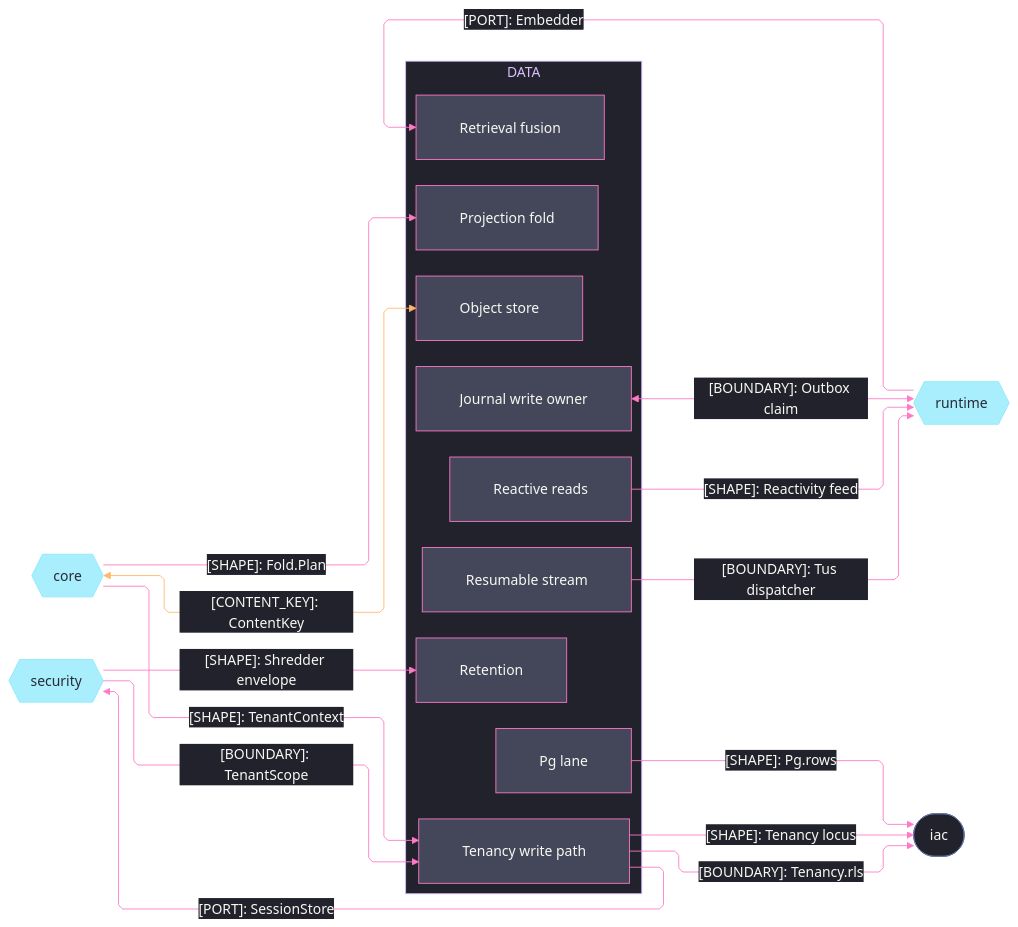
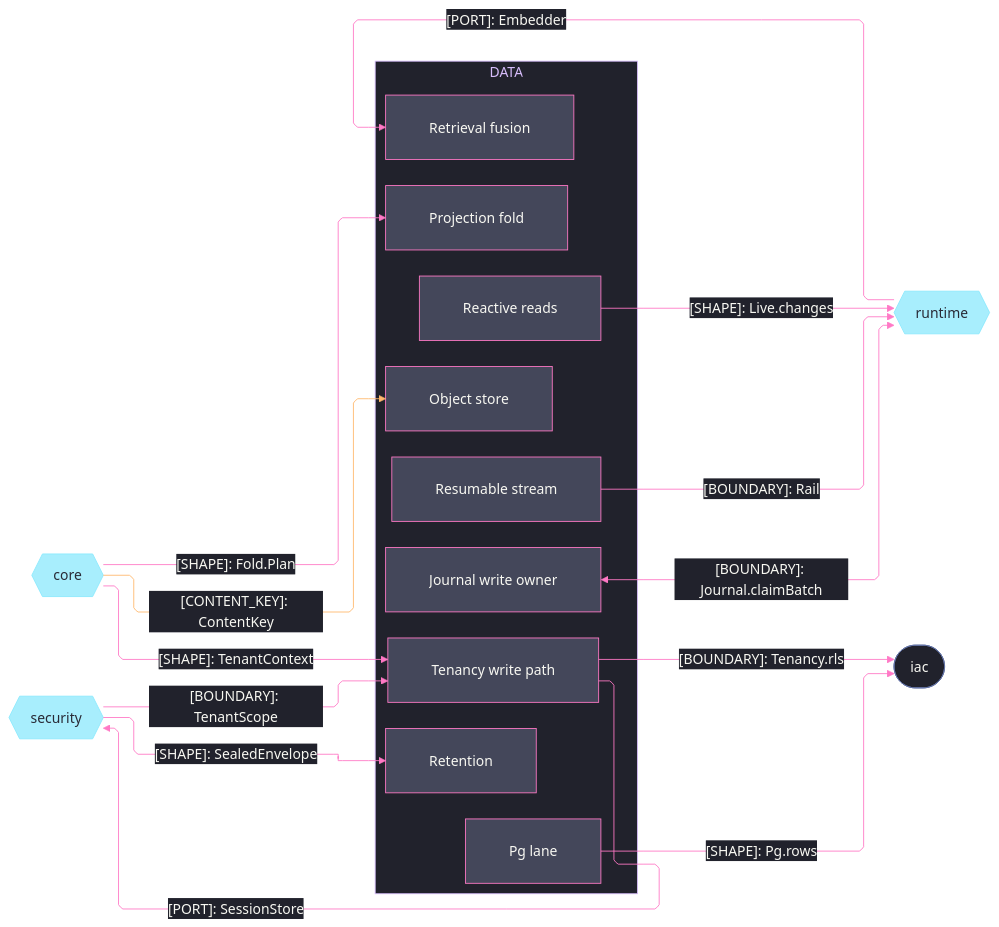
The second of 2 diagrams in libs/typescript/data/ARCHITECTURE.md (bsamiee/Rasm), drawn with Mermaid before and after one commit. The commit also changed other lines of this file and 24 other files, not shown here.

Commit message:
architecture: seam registries + codemaps aligned across the estate (worker fabric edges, scene rows, csharp/ts seam mirrors)

````diff
--- a/libs/typescript/data/ARCHITECTURE.md
+++ b/libs/typescript/data/ARCHITECTURE.md
@@ -37,69 +121,68 @@
 ```mermaid
 ---
 config:
   theme: base
   look: classic
   layout: elk
   flowchart:
     curve: linear
     padding: 25
   themeVariables:
     darkMode: true
     fontFamily: "SF Mono, Menlo, Cascadia Mono, Segoe UI Mono, Consolas, monospace"
     useGradient: false
     dropShadow: "none"
     background: "#282A36"
     primaryColor: "#44475A"
     primaryTextColor: "#F8F8F2"
     primaryBorderColor: "#BD93F9"
     lineColor: "#FF79C6"
     textColor: "#F8F8F2"
     clusterBkg: "#21222C"
     clusterBorder: "#D6BCFA"
     edgeLabelBackground: "#21222C"
     labelBackgroundColor: "#21222C"
     titleColor: "#D6BCFA"
   themeCSS: ".nodeLabel{font-size:13px;font-weight:500}.edgeLabel{font-size:12px;font-weight:500}.cluster-label .nodeLabel{font-size:13.5px;font-weight:700;letter-spacing:.08em}.edge-thickness-normal{stroke-width:2px}.edge-thickness-thick{stroke-width:3px}.edge-pattern-dashed,.edge-pattern-dotted{stroke-width:1.5px;stroke-dasharray:4 6}.node rect,.node circle,.node polygon,.node path,.node .outer-path{stroke-width:1.5px;filter:none!important}.cluster rect{stroke-width:1px!important;stroke-dasharray:5 4!important;filter:none!important}.marker path{transform:scale(.8);transform-origin:5px 5px}.marker circle{transform:scale(.48);transform-origin:5px 5px}.edgeLabel rect{transform-box:fill-box;transform-origin:center;transform:scale(1.1,1.2)}"
 ---
 flowchart LR
     accTitle: Data package seam registry
     accDescr: Data sub-domain owners exchanging content keys, tenancy, custody, and reactive shapes with the core, security, runtime, and IaC packages, edge rails colored by kind and nodes classed by seam direction.
     subgraph data[DATA]
         Fold[Projection fold]
         Store[Object store]
         Tenant[Tenancy write path]
         Retain[Retention]
         Append[Journal write owner]
         Live[Reactive reads]
         Stream[Resumable stream]
         Search[Retrieval fusion]
         Postgres[Pg lane]
     end
     Core{{core}}
     Security{{security}}
     Runtime{{runtime}}
     Iac([iac])
     Core e1@-->|"[SHAPE]: Fold.Plan"| Fold
-    Core e2@<-->|"[CONTENT_KEY]: ContentKey"| Store
+    Core e2@-->|"[CONTENT_KEY]: ContentKey"| Store
     Core e3@-->|"[SHAPE]: TenantContext"| Tenant
     Tenant e4@-->|"[PORT]: SessionStore"| Security
     Security e5@-->|"[BOUNDARY]: TenantScope"| Tenant
-    Security e6@-->|"[SHAPE]: Shredder envelope"| Retain
-    Append e7@<-->|"[BOUNDARY]: Outbox claim"| Runtime
-    Live e8@-->|"[SHAPE]: Reactivity feed"| Runtime
-    Stream e9@-->|"[BOUNDARY]: Tus dispatcher"| Runtime
+    Security e6@-->|"[SHAPE]: SealedEnvelope"| Retain
+    Append e7@<-->|"[BOUNDARY]: Journal.claimBatch"| Runtime
+    Live e8@-->|"[SHAPE]: Live.changes"| Runtime
+    Stream e9@-->|"[BOUNDARY]: Rail"| Runtime
     Runtime e10@-->|"[PORT]: Embedder"| Search
     Postgres e11@-->|"[SHAPE]: Pg.rows"| Iac
-    Tenant e12@-->|"[SHAPE]: Tenancy locus"| Iac
-    Tenant e13@-->|"[BOUNDARY]: Tenancy.rls"| Iac
+    Tenant e12@-->|"[BOUNDARY]: Tenancy.rls"| Iac
     classDef primary fill:#44475A,stroke:#FF79C6,color:#F8F8F2
     classDef external fill:#8BE9FDBF,stroke:#8BE9FD,color:#282A36
-    classDef annotation fill:#21222C,stroke:#6272A4,color:#F8F8F2
+    classDef recessed fill:#21222C,stroke:#6272A4,color:#F8F8F2
     classDef edgeData stroke:#FFB86C,color:#F8F8F2
     classDef edgeControl stroke:#FF79C6,color:#F8F8F2
     class Fold,Store,Tenant,Retain,Append,Live,Stream,Search,Postgres primary
     class Core,Security,Runtime external
-    class Iac annotation
+    class Iac recessed
     class e2 edgeData
-    class e1,e3,e4,e5,e6,e7,e8,e9,e10,e11,e12,e13 edgeControl
+    class e1,e3,e4,e5,e6,e7,e8,e9,e10,e11,e12 edgeControl
 ```
````
